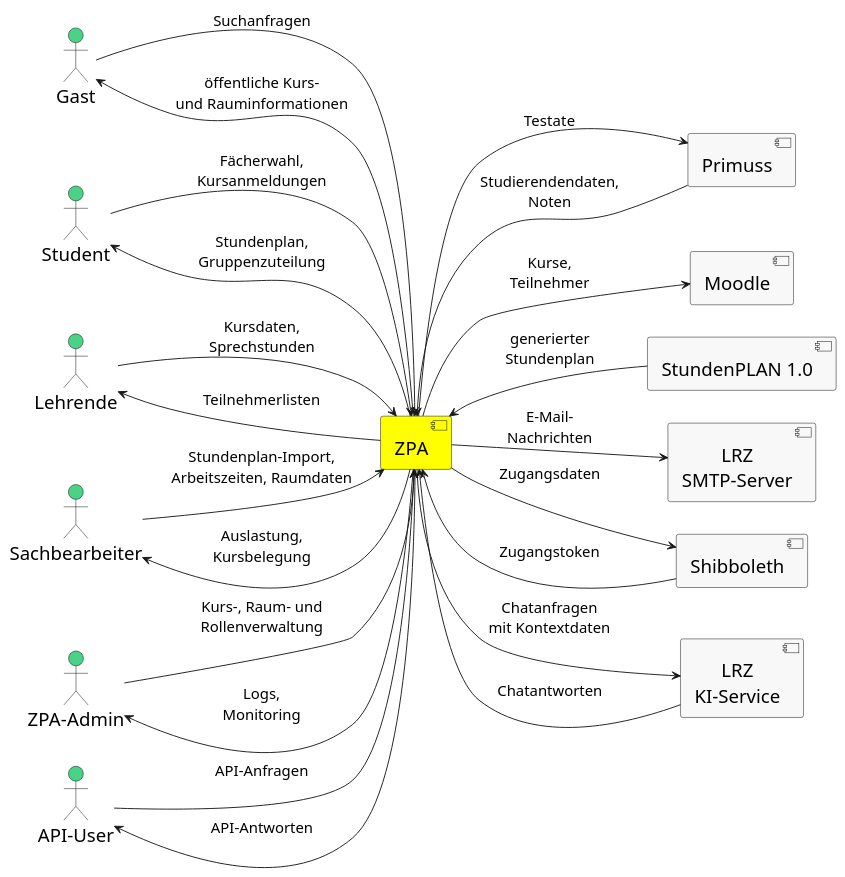
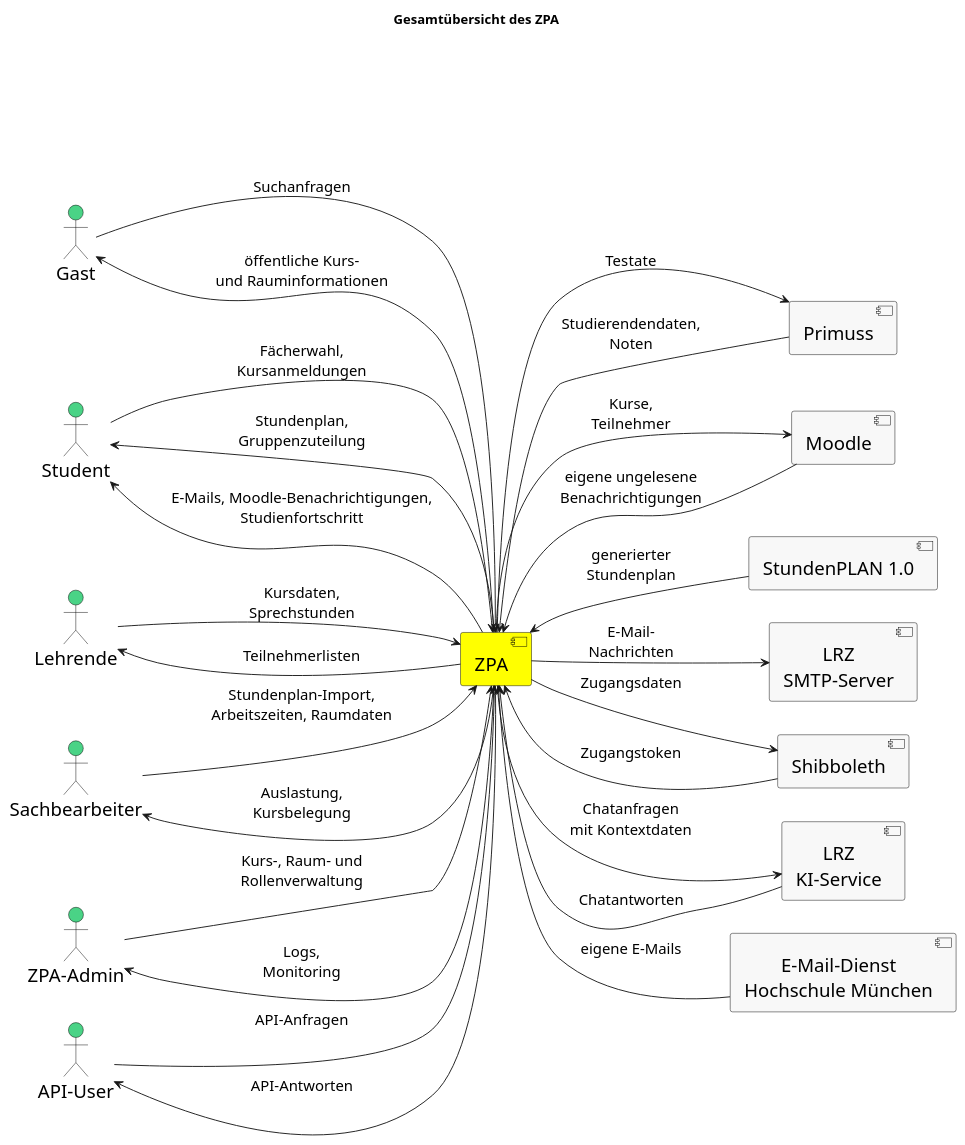
The diagram in src/main/puml/kontext/kontext-gesamt.puml (MullexBDE/SEng1), drawn with PlantUML before and after one commit. The commit also changed 3 other files, not shown here.

```diff
--- a/src/main/puml/kontext/kontext-gesamt.puml
+++ b/src/main/puml/kontext/kontext-gesamt.puml
@@ -1,85 +1,92 @@
 @startuml
 
 <style>
 document {
   Margin 30
 }
 </style>
 
 skinparam componentStyle uml2
 hide stereotype
 skinparam defaultTextAlignment center
 
 skinparam actor {
   BackgroundColor #4AD386
   BorderColor #a0a0a0
   BackgroundColor<<Main>> #FFFF00
   BorderColor black
   ArrowColor black
   FontName  Arial Unicode MS
   FontSize 20
 }
 
 skinparam component {
   BackgroundColor #f8f8f8
   BorderColor #a0a0a0
   BackgroundColor<<Main>> #FFFF00
   BorderColor black
   FontName  Arial Unicode MS
   FontSize 20
   ArrowFontName  Arial Unicode MS
   ArrowFontSize 16
 }
 
+title Gesamtübersicht des ZPA\n\n\n\n\n
+
 left to right direction
 
 :Gast:
 :Student:
 :Lehrende:
 :Sachbearbeiter:
 :ZPA-Admin: as Admin
 :API-User: as Api
 
 [ZPA] <<Main>>
 
 [Primuss]
 [Moodle]
 [StundenPLAN 1.0] as Stundenplan
 [LRZ\nSMTP-Server] as SMTP
 [Shibboleth]
 [LRZ\nKI-Service] as KI
+[E-Mail-Dienst\nHochschule München] as Postfach
 
 Gast --> ZPA : Suchanfragen
 Gast <-- ZPA : öffentliche Kurs-\nund Rauminformationen
 
 Student --> ZPA : Fächerwahl,\nKursanmeldungen
 Student <-- ZPA : Stundenplan,\nGruppenzuteilung
+Student <-- ZPA : E-Mails, Moodle-Benachrichtigungen,\nStudienfortschritt
 
 Lehrende --> ZPA : Kursdaten,\nSprechstunden
 Lehrende <-- ZPA : Teilnehmerlisten
 
 Sachbearbeiter --> ZPA : Stundenplan-Import,\nArbeitszeiten, Raumdaten
 Sachbearbeiter <-- ZPA : Auslastung,\nKursbelegung
 
 Admin --> ZPA : Kurs-, Raum- und\nRollenverwaltung
 Admin <-- ZPA : Logs,\nMonitoring
 
 Api --> ZPA : API-Anfragen
 Api <-- ZPA : API-Antworten
 
 ZPA --> Primuss : Testate
 ZPA <-- Primuss : Studierendendaten,\nNoten
 
 ZPA --> Moodle : Kurse,\nTeilnehmer
+ZPA <-- Moodle : eigene ungelesene\nBenachrichtigungen
+
+ZPA <-- Postfach : eigene E-Mails
 
 ZPA <-- Stundenplan : generierter\nStundenplan
 
 ZPA --> SMTP : E-Mail-\nNachrichten
 
 ZPA --> Shibboleth : Zugangsdaten
 ZPA <-- Shibboleth : Zugangstoken
 
 ZPA --> KI : Chatanfragen\nmit Kontextdaten
 ZPA <-- KI : Chatantworten
 
 @enduml
```
